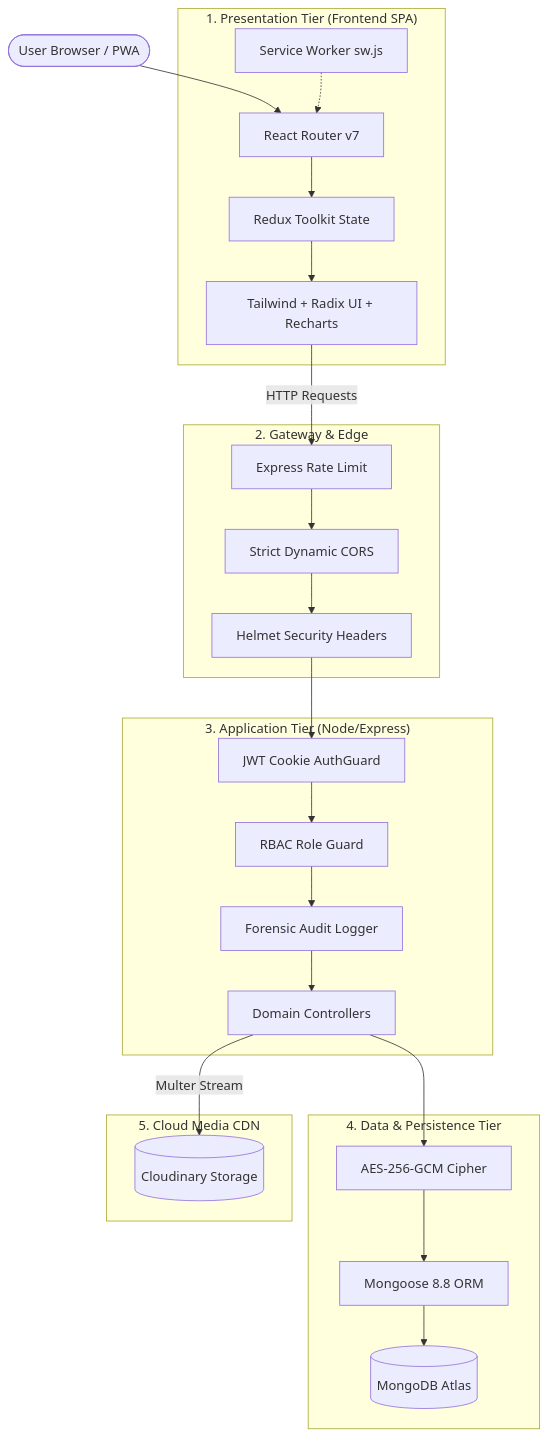
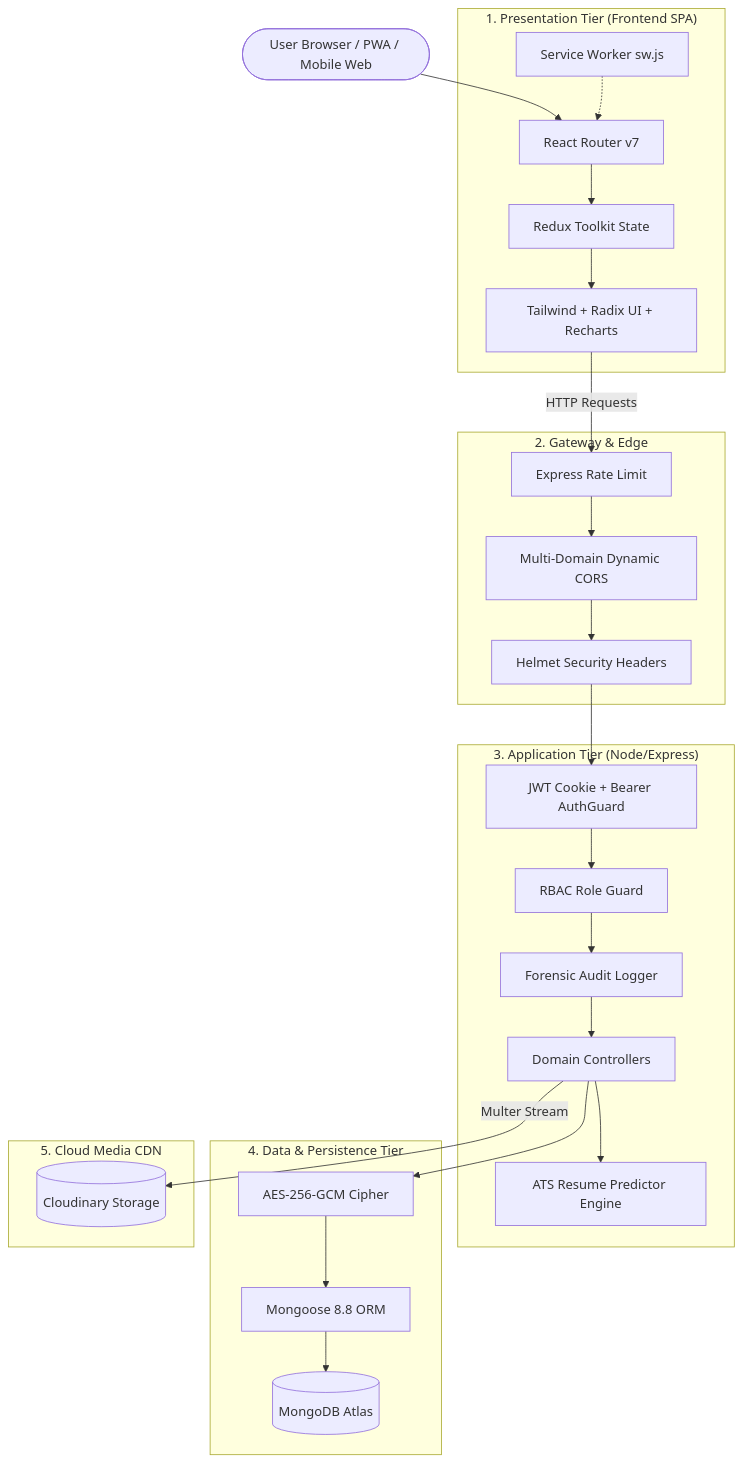
Before and after one commit to Jashan-randhawa/FOREWORK: the diagram in wiki/Architecture-Overview.md, drawn with Mermaid. The commit also changed other lines of this file and 10 other files, not shown here.

````diff
--- a/wiki/Architecture-Overview.md
+++ b/wiki/Architecture-Overview.md
@@ -9,50 +9,52 @@
 ```mermaid
 graph TD
-    User([User Browser / PWA])
+    User([User Browser / PWA / Mobile Web])
 
     subgraph Presentation["1. Presentation Tier (Frontend SPA)"]
         Router[React Router v7]
         Store[Redux Toolkit State]
         UI[Tailwind + Radix UI + Recharts]
         Worker[Service Worker sw.js]
     end
 
     subgraph Gateway["2. Gateway & Edge"]
         RateLimit[Express Rate Limit]
-        Cors[Strict Dynamic CORS]
+        Cors[Multi-Domain Dynamic CORS]
         Helmet[Helmet Security Headers]
     end
 
     subgraph AppServer["3. Application Tier (Node/Express)"]
-        Auth[JWT Cookie AuthGuard]
+        Auth[JWT Cookie + Bearer AuthGuard]
         RoleCtrl[RBAC Role Guard]
         Audit[Forensic Audit Logger]
         Controllers[Domain Controllers]
+        ATSEngine[ATS Resume Predictor Engine]
     end
 
     subgraph DataTier["4. Data & Persistence Tier"]
         AES[AES-256-GCM Cipher]
         Mongoose[Mongoose 8.8 ORM]
         MongoDB[(MongoDB Atlas)]
     end
 
     subgraph MediaTier["5. Cloud Media CDN"]
         Cloudinary[(Cloudinary Storage)]
     end
 
     User --> Router
     Router --> Store
     Store --> UI
     Worker -.-> Router
     UI -->|HTTP Requests| RateLimit
     RateLimit --> Cors
     Cors --> Helmet
     Helmet --> Auth
     Auth --> RoleCtrl
     RoleCtrl --> Audit
     Audit --> Controllers
+    Controllers --> ATSEngine
     Controllers --> AES
     AES --> Mongoose
     Mongoose --> MongoDB
     Controllers -->|Multer Stream| Cloudinary
 ```
````
